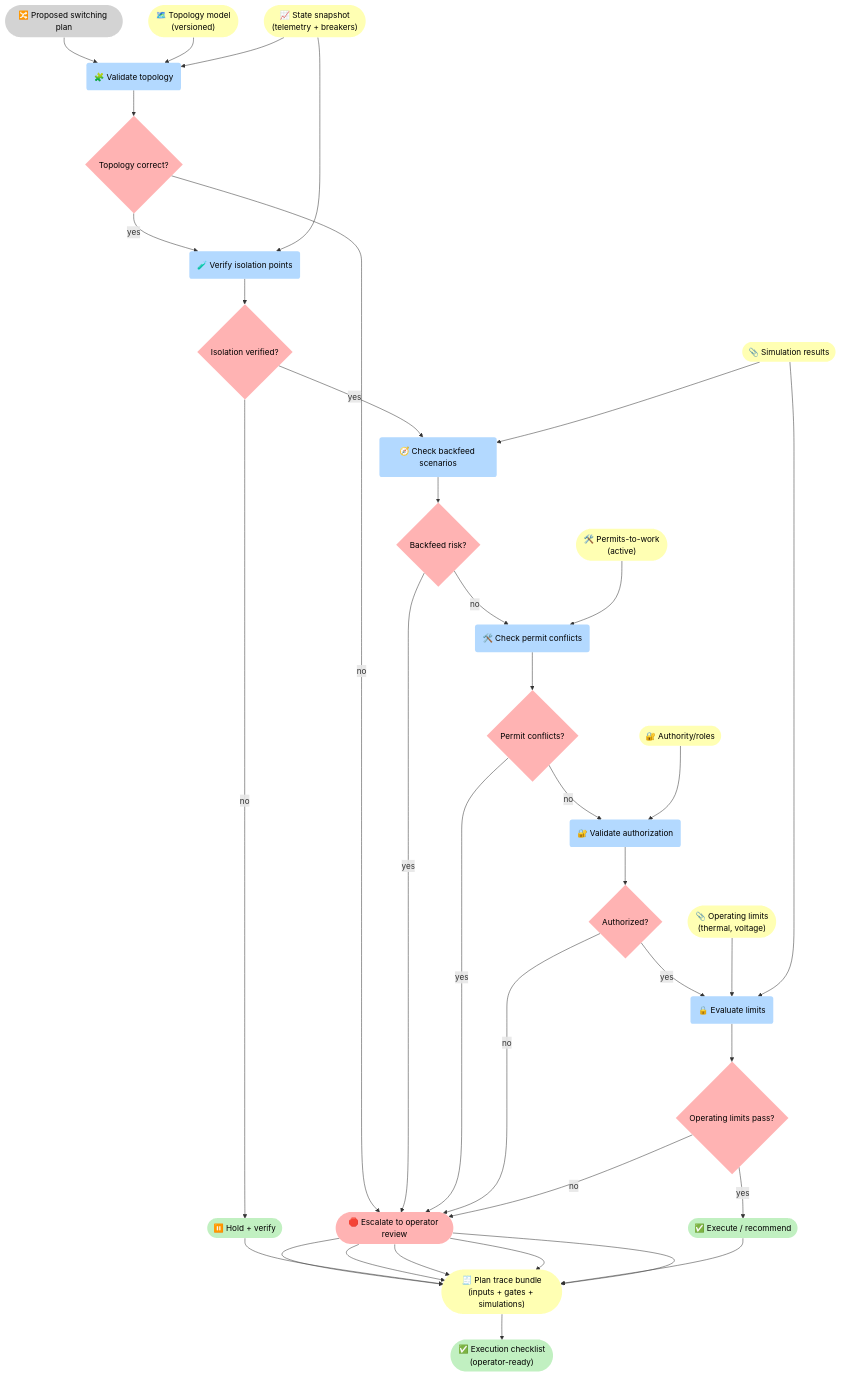
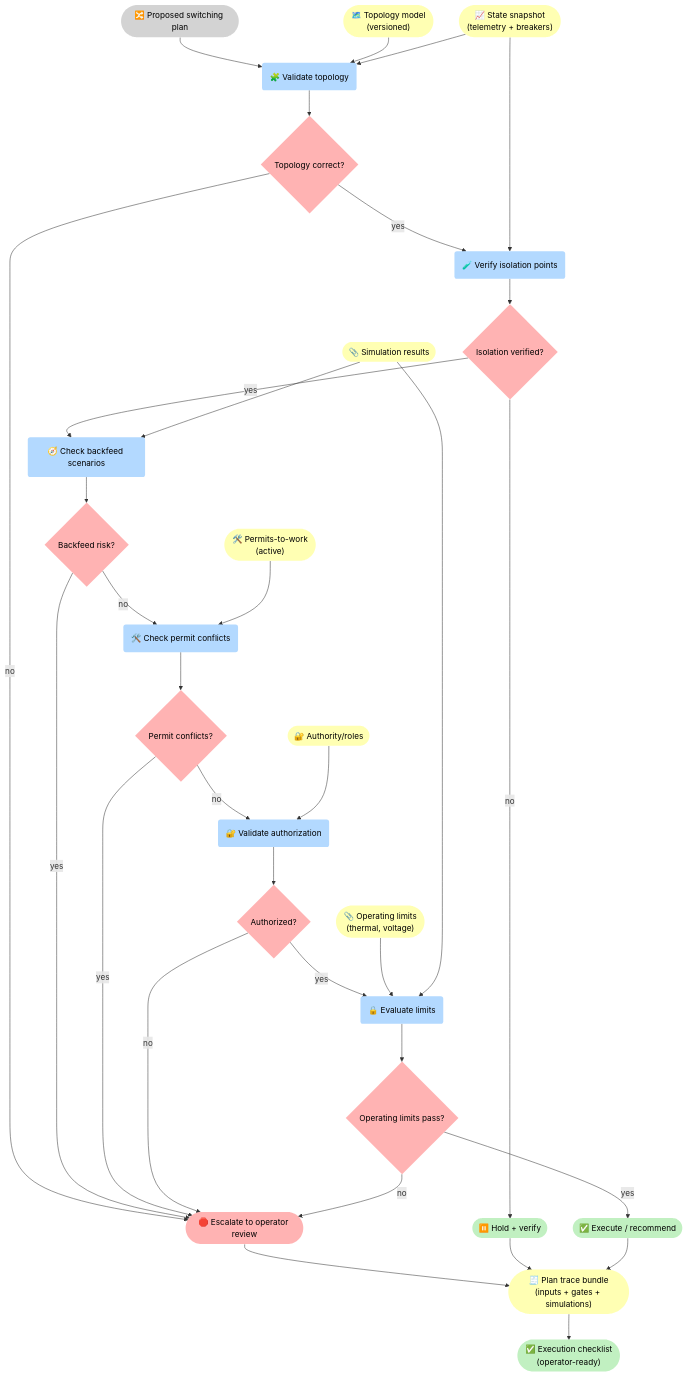
The third of 3 diagrams in docs/case-studies/energy-utilities.md (5Reasons/5reasons.github.io), drawn with Mermaid before and after one commit. The commit also changed other lines of this file and 14 other files, not shown here.

First line of the commit message:
Refactor diagrams and improve clarity in blog posts and case studies

````diff
--- a/docs/case-studies/energy-utilities.md
+++ b/docs/case-studies/energy-utilities.md
@@ -186,79 +186,79 @@
 ```mermaid
 flowchart TB
 %% Styles (brModel Standard)
 classDef i fill:#D3D3D3,stroke-width:0px,color:#000;
 classDef p fill:#B3D9FF,stroke-width:0px,color:#000;
 classDef r fill:#FFFFB3,stroke-width:0px,color:#000;
 classDef o fill:#C1F0C1,stroke-width:0px,color:#000;
 classDef s fill:#FFB3B3,stroke-width:0px,color:#000;
 
 I_Plan(["🔀 Proposed switching plan" ]):::i
 R_Topo(["🗺️ Topology model<br>(versioned)" ]):::r
 R_State(["📈 State snapshot<br>(telemetry + breakers)" ]):::r
 R_PTW(["🛠️ Permits-to-work<br>(active)" ]):::r
 R_Lim(["📎 Operating limits<br>(thermal, voltage)" ]):::r
 R_Auth(["🔐 Authority/roles" ]):::r
 R_Sim(["📎 Simulation results" ]):::r
 
 P_Topo("🧩 Validate topology"):::p
 G_Topo{"Topology correct?"}:::s
 
 P_Iso("🧪 Verify isolation points"):::p
 G_Iso{"Isolation verified?"}:::s
 
 P_BF("🧭 Check backfeed scenarios"):::p
 G_BF{"Backfeed risk?"}:::s
 
 P_PTW("🛠️ Check permit conflicts"):::p
 G_PTW{"Permit conflicts?"}:::s
 
 P_Auth("🔐 Validate authorization"):::p
 G_Auth{"Authorized?"}:::s
 
 P_Lim("🔒 Evaluate limits"):::p
 G_Lim{"Operating limits pass?"}:::s
 
 O_Do(["✅ Execute / recommend" ]):::o
 O_Hold(["⏸️ Hold + verify" ]):::o
 S_Esc(["🛑 Escalate to operator review" ]):::s
 R_Tr(["🧾 Plan trace bundle<br>(inputs + gates + simulations)" ]):::r
 O_Check(["✅ Execution checklist<br>(operator-ready)" ]):::o
 
 I_Plan --> P_Topo
 R_Topo --> P_Topo
 R_State --> P_Topo
 P_Topo --> G_Topo
 G_Topo -->|"no"| S_Esc --> R_Tr
 G_Topo -->|"yes"| P_Iso
 
 R_State --> P_Iso
 P_Iso --> G_Iso
 
 G_Iso -->|"no"| O_Hold --> R_Tr
 G_Iso -->|"yes"| P_BF
 
 R_Sim --> P_BF
 P_BF --> G_BF
 
-G_BF -->|"yes"| S_Esc --> R_Tr
+G_BF -->|"yes"| S_Esc 
 G_BF -->|"no"| P_PTW
 
 R_PTW --> P_PTW
 P_PTW --> G_PTW
 
-G_PTW -->|"yes"| S_Esc --> R_Tr
+G_PTW -->|"yes"| S_Esc 
 G_PTW -->|"no"| P_Auth
 
 R_Auth --> P_Auth
 P_Auth --> G_Auth
 
-G_Auth -->|"no"| S_Esc --> R_Tr
+G_Auth -->|"no"| S_Esc
 G_Auth -->|"yes"| P_Lim
 
 R_Lim --> P_Lim
 R_Sim --> P_Lim
 P_Lim --> G_Lim
 
 G_Lim -->|"yes"| O_Do --> R_Tr --> O_Check
-G_Lim -->|"no"| S_Esc --> R_Tr
+G_Lim -->|"no"| S_Esc
 ```
````
